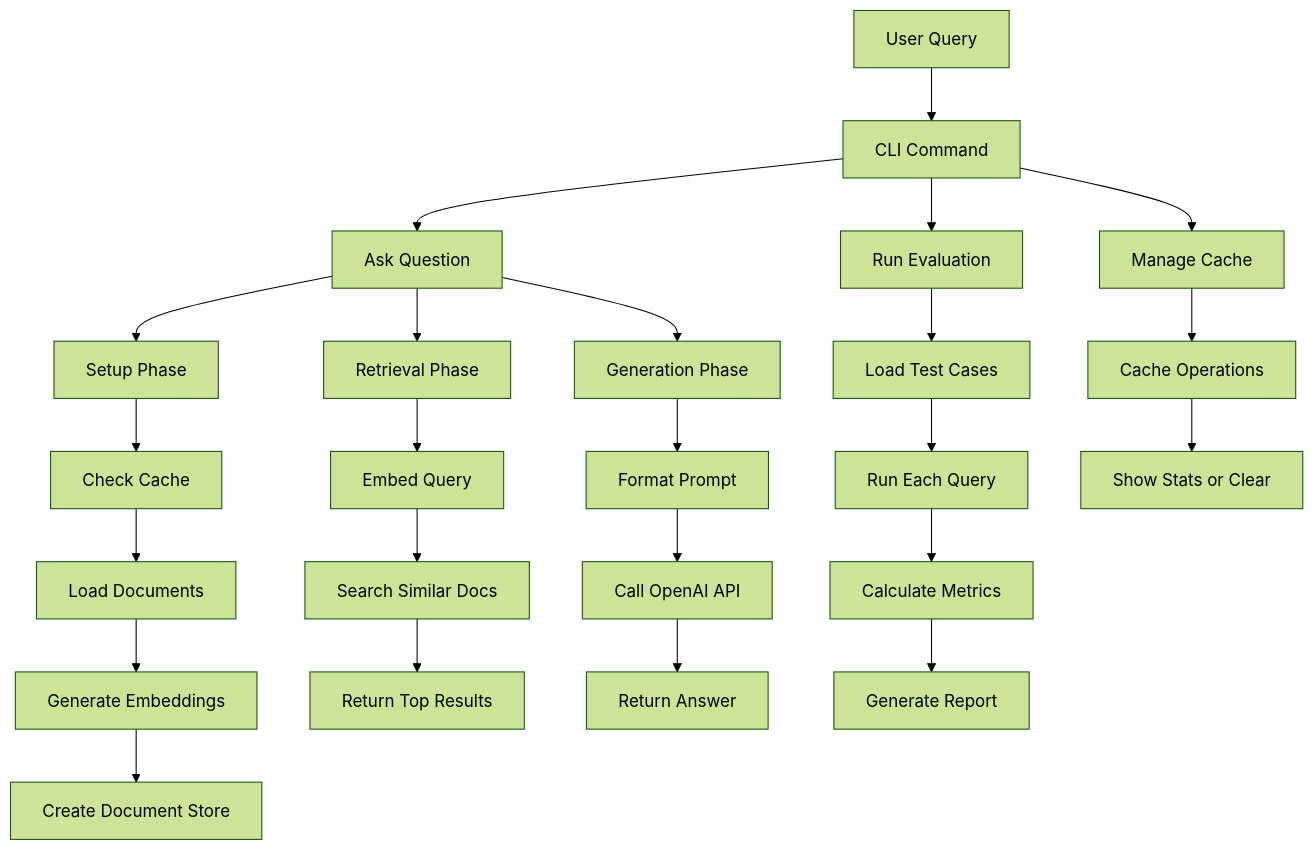
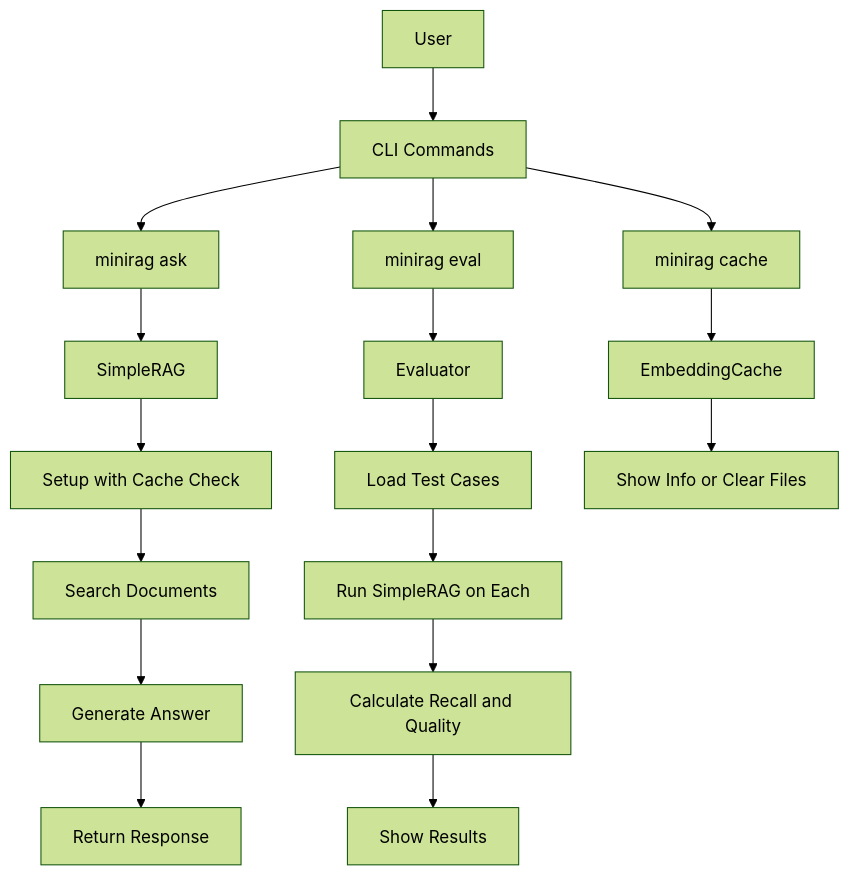
The first of 2 diagrams in README.md (letanure/haystack-mini-rag), drawn with Mermaid (forest theme) before and after one commit. The commit also changed other lines of this file, not shown here.

First line of the commit message:
Create simple and accurate Mermaid diagrams

````diff
--- a/README.md
+++ b/README.md
@@ -7,32 +7,23 @@
 ```mermaid
 flowchart TD
-    A[User Query] --> B[CLI Command]
+    A[User] --> B[CLI Commands]
     
-    B --> C[Ask Question]
-    B --> D[Run Evaluation] 
-    B --> E[Manage Cache]
+    B --> C[minirag ask]
+    B --> D[minirag eval]
+    B --> E[minirag cache]
     
-    C --> F[Setup Phase]
-    F --> G[Check Cache]
-    G --> H[Load Documents]
-    H --> I[Generate Embeddings]
-    I --> J[Create Document Store]
+    C --> F[SimpleRAG]
+    F --> G[Setup with Cache Check]
+    G --> H[Search Documents]
+    H --> I[Generate Answer]
+    I --> J[Return Response]
     
-    C --> K[Retrieval Phase]
-    K --> L[Embed Query]
-    L --> M[Search Similar Docs]
-    M --> N[Return Top Results]
+    D --> K[Evaluator]
+    K --> L[Load Test Cases]
+    L --> M[Run SimpleRAG on Each]
+    M --> N[Calculate Recall and Quality]
+    N --> O[Show Results]
     
-    C --> O[Generation Phase]
-    O --> P[Format Prompt]
-    P --> Q[Call OpenAI API]
-    Q --> R[Return Answer]
-    
-    D --> S[Load Test Cases]
-    S --> T[Run Each Query]
-    T --> U[Calculate Metrics]
-    U --> V[Generate Report]
-    
-    E --> W[Cache Operations]
-    W --> X[Show Stats or Clear]
+    E --> P[EmbeddingCache]
+    P --> Q[Show Info or Clear Files]
 ```
````
